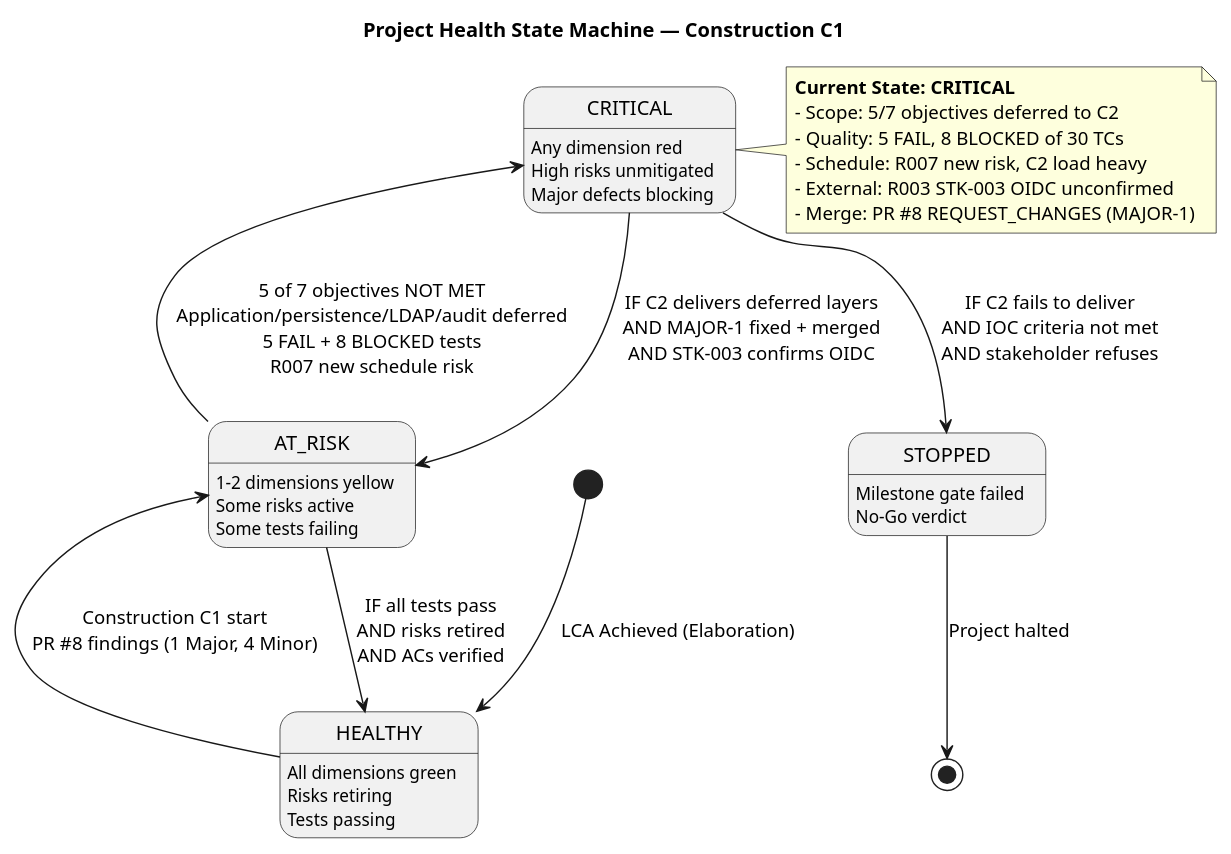
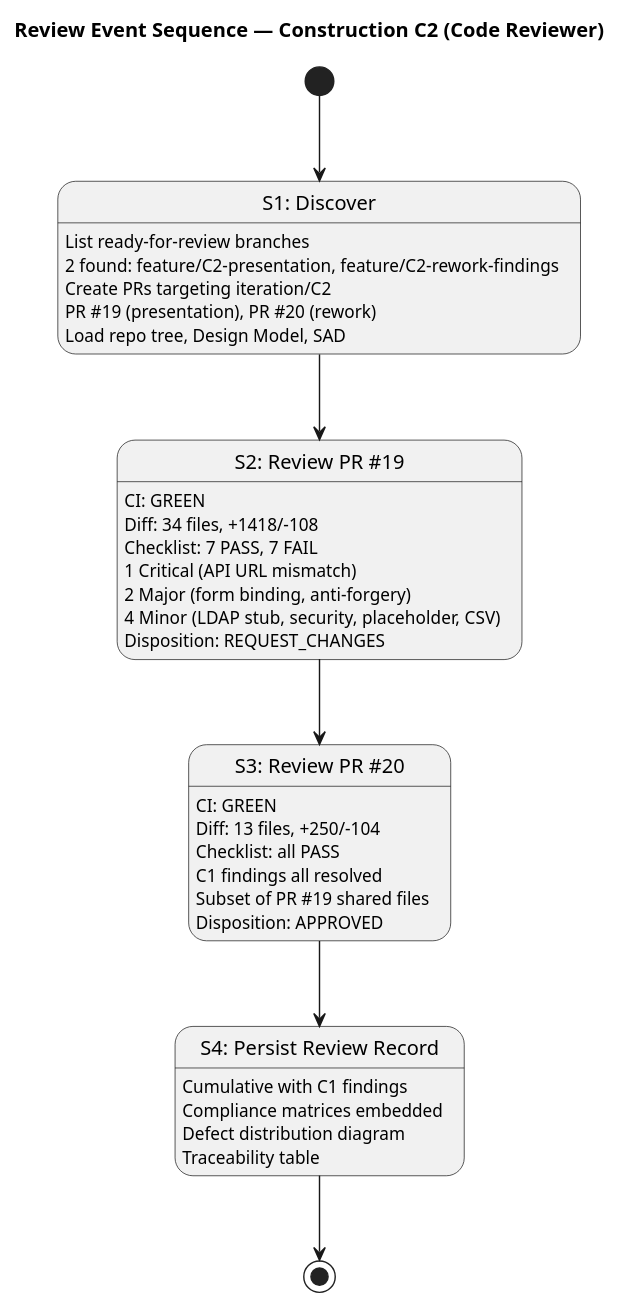
Before and after one commit to banense-test/portal-cuba-corp: the fourth of 5 diagrams in docs/artifacts/project-management/review-record.md, drawn with PlantUML. The commit also changed other lines of this file, not shown here.

First line of the commit message:
Code Reviewer [C2]: upsert Review Record

````diff
--- a/docs/artifacts/project-management/review-record.md
+++ b/docs/artifacts/project-management/review-record.md
@@ -355,54 +315,49 @@
 ```plantuml
 @startuml
-title Project Health State Machine — Construction C1
+title Review Event Sequence — Construction C2 (Code Reviewer)
 
-skinparam shadowing false
+skinparam classAttributeIconSize 0
+skinparam monochrome false
 
-state "HEALTHY" as healthy {
-  healthy : All dimensions green
-  healthy : Risks retiring
-  healthy : Tests passing
+state "S1: Discover" as s1 {
+  s1 : List ready-for-review branches
+  s1 : 2 found: feature/C2-presentation, feature/C2-rework-findings
+  s1 : Create PRs targeting iteration/C2
+  s1 : PR #19 (presentation), PR #20 (rework)
+  s1 : Load repo tree, Design Model, SAD
 }
 
-state "AT_RISK" as at_risk {
-  at_risk : 1-2 dimensions yellow
-  at_risk : Some risks active
-  at_risk : Some tests failing
+state "S2: Review PR #19" as s2 {
+  s2 : CI: GREEN
+  s2 : Diff: 34 files, +1418/-108
+  s2 : Checklist: 7 PASS, 7 FAIL
+  s2 : 1 Critical (API URL mismatch)
+  s2 : 2 Major (form binding, anti-forgery)
+  s2 : 4 Minor (LDAP stub, security, placeholder, CSV)
+  s2 : Disposition: REQUEST_CHANGES
 }
 
-state "CRITICAL" as critical {
-  critical : Any dimension red
-  critical : High risks unmitigated
-  critical : Major defects blocking
+state "S3: Review PR #20" as s3 {
+  s3 : CI: GREEN
+  s3 : Diff: 13 files, +250/-104
+  s3 : Checklist: all PASS
+  s3 : C1 findings all resolved
+  s3 : Subset of PR #19 shared files
+  s3 : Disposition: APPROVED
 }
 
-state "STOPPED" as stopped {
-  stopped : Milestone gate failed
-  stopped : No-Go verdict
+state "S4: Persist Review Record" as s4 {
+  s4 : Cumulative with C1 findings
+  s4 : Compliance matrices embedded
+  s4 : Defect distribution diagram
+  s4 : Traceability table
 }
 
-[*] --> healthy : LCA Achieved (Elaboration)
-
-healthy --> at_risk : Construction C1 start\nPR #8 findings (1 Major, 4 Minor)
-
-at_risk --> critical : 5 of 7 objectives NOT MET\nApplication/persistence/LDAP/audit deferred\n5 FAIL + 8 BLOCKED tests\nR007 new schedule risk
-
-critical --> at_risk : IF C2 delivers deferred layers\nAND MAJOR-1 fixed + merged\nAND STK-003 confirms OIDC
-
-at_risk --> healthy : IF all tests pass\nAND risks retired\nAND ACs verified
-
-critical --> stopped : IF C2 fails to deliver\nAND IOC criteria not met\nAND stakeholder refuses
-
-stopped --> [*] : Project halted
-
-note right of critical
-  **Current State: CRITICAL**
-  - Scope: 5/7 objectives deferred to C2
-  - Quality: 5 FAIL, 8 BLOCKED of 30 TCs
-  - Schedule: R007 new risk, C2 load heavy
-  - External: R003 STK-003 OIDC unconfirmed
-  - Merge: PR #8 REQUEST_CHANGES (MAJOR-1)
-end note
+[*] --> s1
+s1 --> s2
+s2 --> s3
+s3 --> s4
+s4 --> [*]
 
 @enduml
 ```
````
